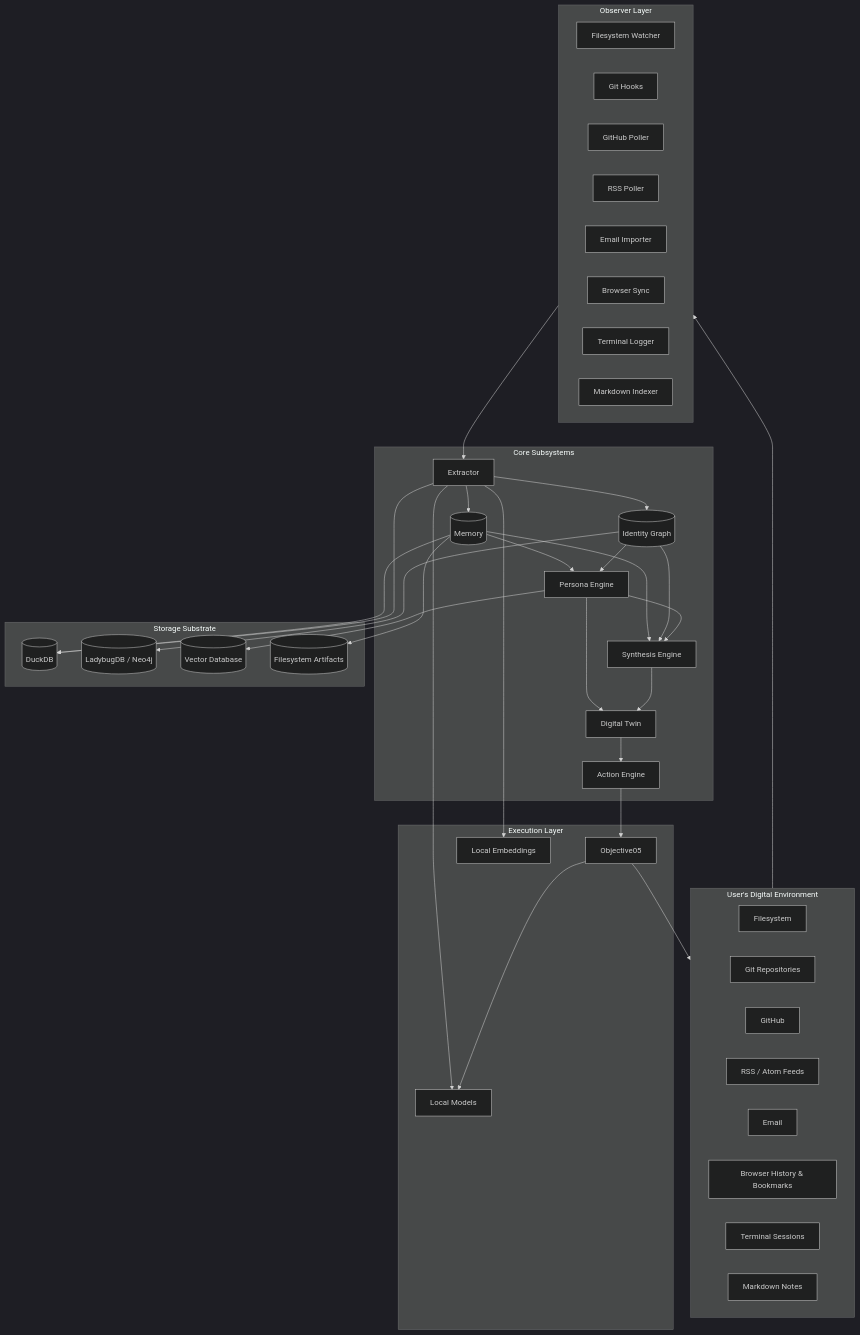
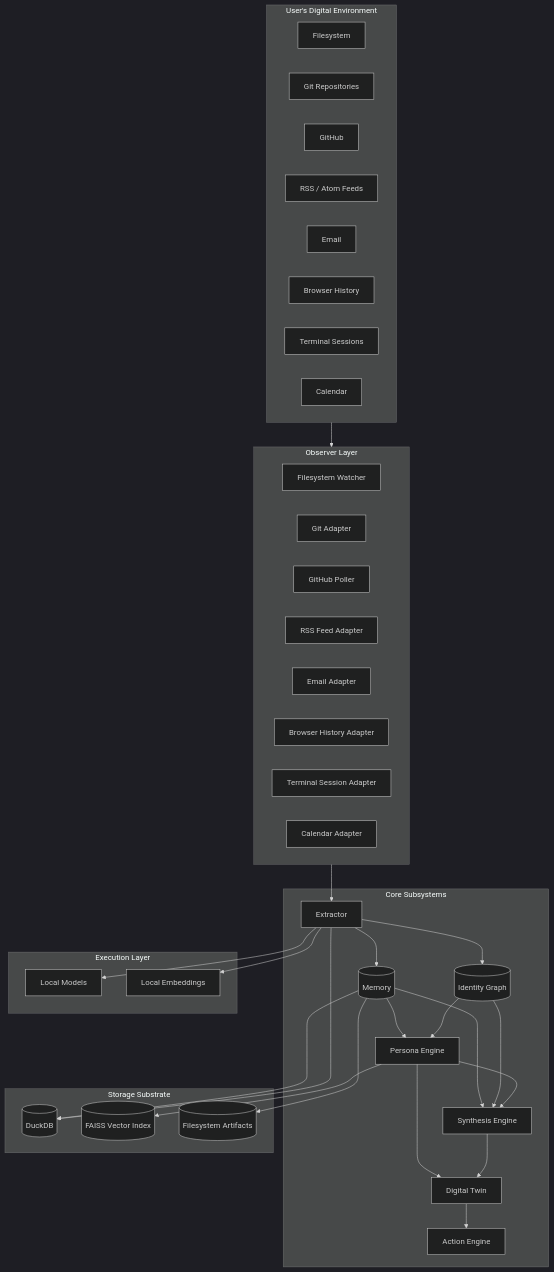
The diagram in README.md (kliewerdaniel/objective06), drawn with Mermaid (dark theme) before and after one commit. The commit also changed other lines of this file and 27 other files, not shown here.

````diff
--- a/README.md
+++ b/README.md
@@ -97,72 +97,65 @@
 ```mermaid
 flowchart TB
     subgraph User["User's Digital Environment"]
         FS[Filesystem]
         GIT[Git Repositories]
         GH[GitHub]
         RSS[RSS / Atom Feeds]
         MAIL[Email]
-        BR[Browser History & Bookmarks]
+        BR[Browser History]
         TERM[Terminal Sessions]
-        MD[Markdown Notes]
+        CAL[Calendar]
     end
 
     subgraph Observer["Observer Layer"]
         O1[Filesystem Watcher]
-        O2[Git Hooks]
+        O2[Git Adapter]
         O3[GitHub Poller]
-        O4[RSS Poller]
-        O5[Email Importer]
-        O6[Browser Sync]
-        O7[Terminal Logger]
-        O8[Markdown Indexer]
+        O4[RSS Feed Adapter]
+        O5[Email Adapter]
+        O6[Browser History Adapter]
+        O7[Terminal Session Adapter]
+        O8[Calendar Adapter]
     end
 
     subgraph Core["Core Subsystems"]
         EX[Extractor]
         MEM[(Memory)]
         IG[(Identity Graph)]
         PV[Persona Engine]
         DT[Digital Twin]
         SY[Synthesis Engine]
         AC[Action Engine]
     end
 
     subgraph Storage["Storage Substrate"]
         DDB[(DuckDB)]
-        KG[(LadybugDB / Neo4j)]
-        VDB[(Vector Database)]
+        VDB[(FAISS Vector Index)]
         FS_RAW[(Filesystem Artifacts)]
     end
 
     subgraph Execution["Execution Layer"]
-        O5L[Objective05]
         LM[Local Models]
         EMB[Local Embeddings]
     end
 
     User --> Observer
     Observer --> EX
     EX --> MEM
     EX --> IG
     MEM --> PV
     IG --> PV
     PV --> DT
     MEM --> SY
     IG --> SY
     PV --> SY
     SY --> DT
     DT --> AC
-    AC --> O5L
-    O5L --> User
 
     MEM --> DDB
     MEM --> FS_RAW
-    IG --> KG
     PV --> VDB
     EX --> LM
     EX --> EMB
     EX --> DDB
-
-    O5L --> LM
 ```
````
